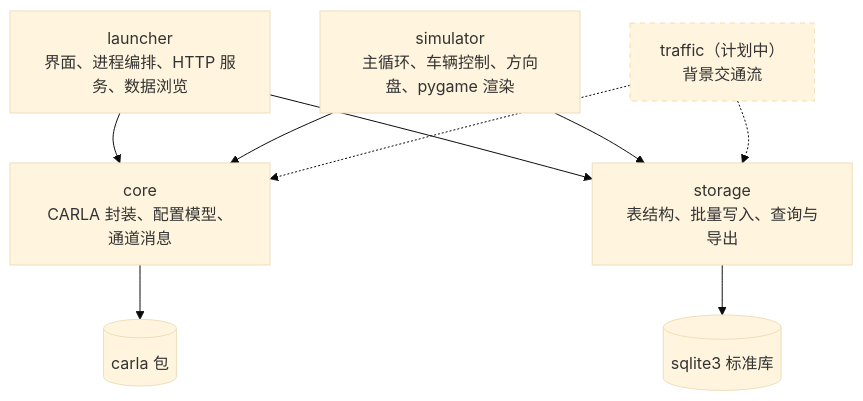
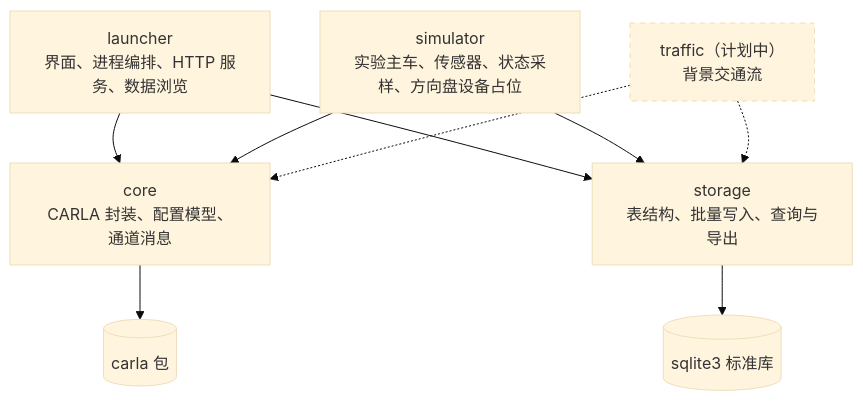
The second of 5 diagrams in docs/design/01-Architecture.md (ZiyuZ/DRISCA), drawn with Mermaid (base theme) before and after one commit. The commit also changed other lines of this file and 12 other files, not shown here.

````diff
--- a/docs/design/01-Architecture.md
+++ b/docs/design/01-Architecture.md
@@ -72,21 +72,21 @@
 ```mermaid
 flowchart TD
     launcher["launcher<br/>界面、进程编排、HTTP 服务、数据浏览"]
-    simulator["simulator<br/>主循环、车辆控制、方向盘、pygame 渲染"]
+    simulator["simulator<br/>实验主车、传感器、状态采样、方向盘设备占位"]
     traffic["traffic（计划中）<br/>背景交通流"]
 
     core["core<br/>CARLA 封装、配置模型、通道消息"]
     storage["storage<br/>表结构、批量写入、查询与导出"]
 
     launcher --> core
     launcher --> storage
     simulator --> core
     simulator --> storage
     traffic -.-> core
     traffic -.-> storage
 
     core --> carla_pkg[("carla 包")]
     storage --> sqlite_pkg[("sqlite3 标准库")]
 
     style traffic stroke-dasharray: 5 5
 ```
````
